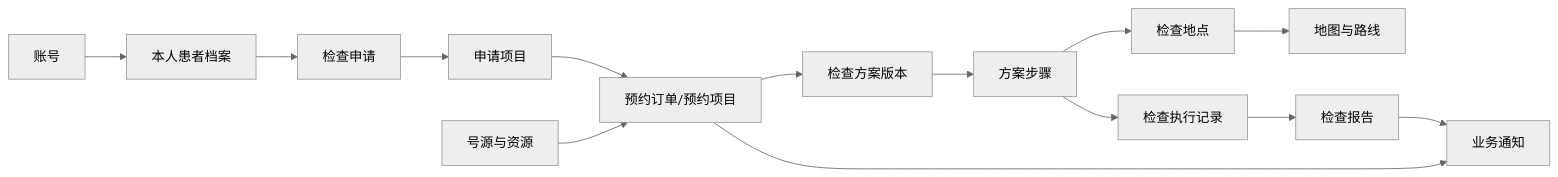
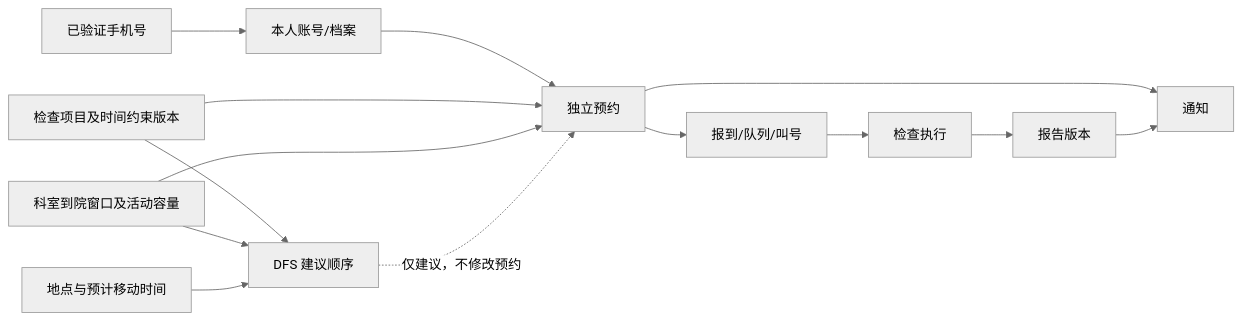
One commit to bctd7/Hospital changed the diagram in plan/backend/overview/05-delivery-roadmap.md. Above: the diagram before and after it, drawn with Mermaid (neutral theme). The commit also changed other lines of this file and 18 other files, not shown here.

Commit message:
docs: consolidate appointment service plan

````diff
--- a/plan/backend/overview/05-delivery-roadmap.md
+++ b/plan/backend/overview/05-delivery-roadmap.md
@@ -153,16 +92,16 @@
 ```mermaid
 flowchart LR
-    USER["账号"] --> PATIENT["本人患者档案"]
-    PATIENT --> REQUEST["检查申请"]
-    REQUEST --> REQUEST_ITEM["申请项目"]
-    REQUEST_ITEM --> APPOINTMENT["预约订单/预约项目"]
-    SLOT["号源与资源"] --> APPOINTMENT
-    APPOINTMENT --> PLAN["检查方案版本"]
-    PLAN --> STEP["方案步骤"]
-    STEP --> PLACE["检查地点"]
-    PLACE --> ROUTE["地图与路线"]
-    STEP --> EXECUTION["检查执行记录"]
-    EXECUTION --> REPORT["检查报告"]
-    APPOINTMENT --> NOTICE["业务通知"]
+    PHONE["已验证手机号"] --> SELF["本人账号/档案"]
+    SELF --> APPOINTMENT["独立预约"]
+    ITEM["检查项目及时间约束版本"] --> APPOINTMENT
+    WINDOW["科室到院窗口及活动容量"] --> APPOINTMENT
+    ITEM --> ORDER["DFS 建议顺序"]
+    WINDOW --> ORDER
+    MAP["地点与预计移动时间"] --> ORDER
+    ORDER -. "仅建议，不修改预约" .-> APPOINTMENT
+    APPOINTMENT --> QUEUE["报到/队列/叫号"]
+    QUEUE --> EXECUTION["检查执行"]
+    EXECUTION --> REPORT["报告版本"]
+    APPOINTMENT --> NOTICE["通知"]
     REPORT --> NOTICE
 ```
````
